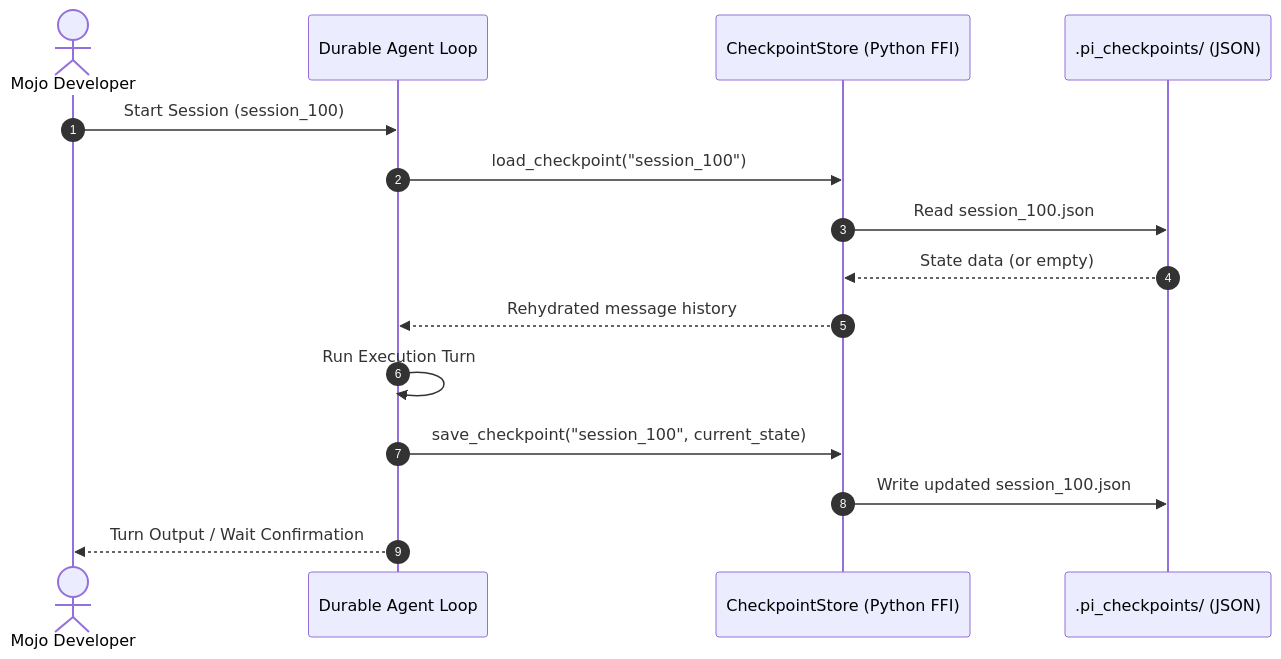
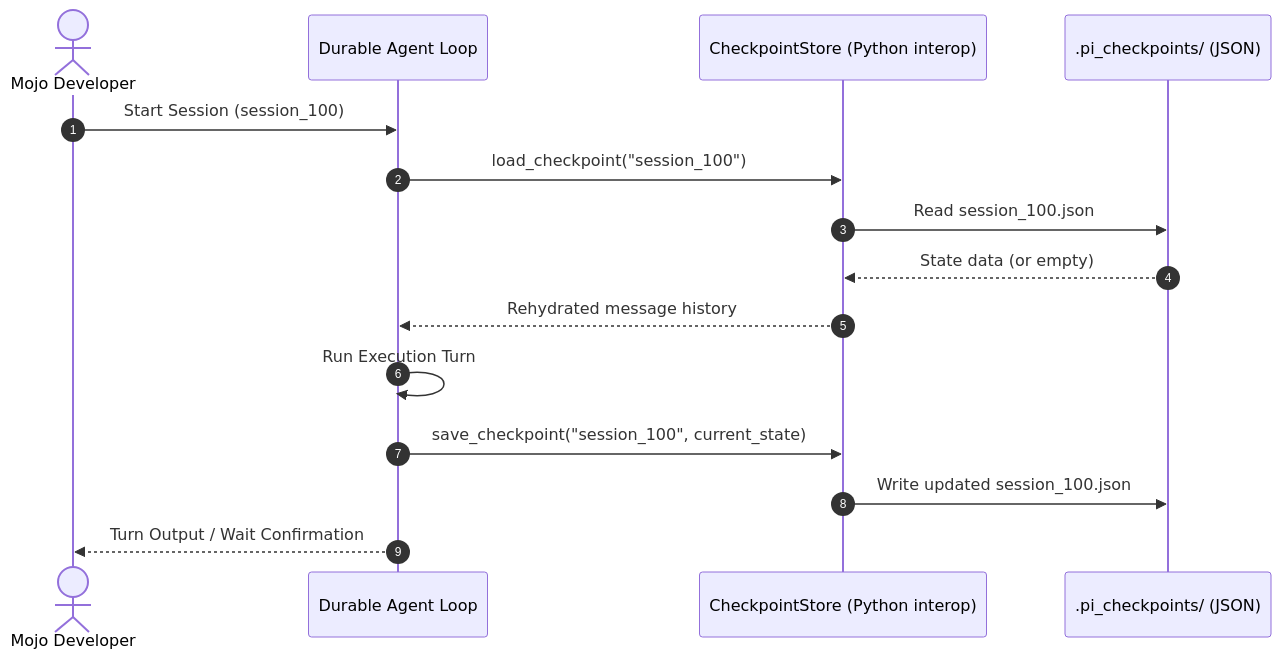
The diagram in docs/20260525_durable_narratives_plan.md (atveit/pi-mojo), drawn with Mermaid before and after one commit. The commit also changed other lines of this file and 29 other files, not shown here.

Commit message:
docs: replace FFI abbreviation with simplified interop and Python integration terminology

````diff
--- a/docs/20260525_durable_narratives_plan.md
+++ b/docs/20260525_durable_narratives_plan.md
@@ -91,18 +91,18 @@
 ```mermaid
 sequenceDiagram
     autonumber
     actor User as Mojo Developer
     participant Agent as Durable Agent Loop
-    participant Store as CheckpointStore (Python FFI)
+    participant Store as CheckpointStore (Python interop)
     participant Disk as .pi_checkpoints/ (JSON)
 
     User->>Agent: Start Session (session_100)
     Agent->>Store: load_checkpoint("session_100")
     Store->>Disk: Read session_100.json
     Disk-->>Store: State data (or empty)
     Store-->>Agent: Rehydrated message history
     Agent->>Agent: Run Execution Turn
     Agent->>Store: save_checkpoint("session_100", current_state)
     Store->>Disk: Write updated session_100.json
     Agent-->>User: Turn Output / Wait Confirmation
 ```
````
